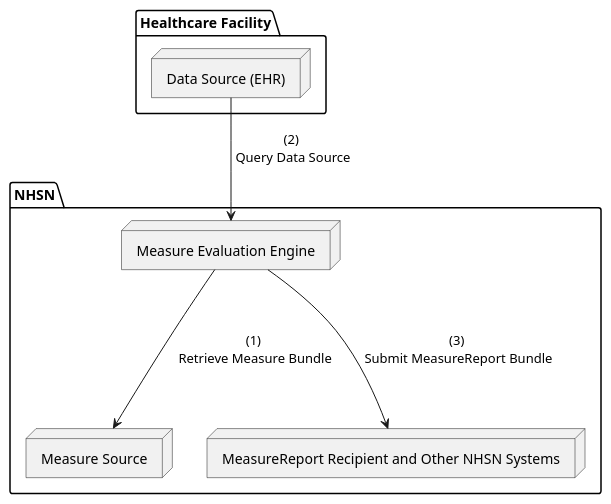
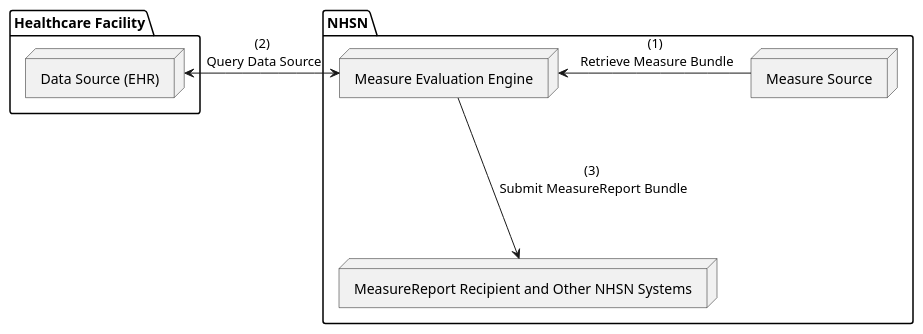
Before and after one commit to HL7/us-safr: the diagram in input/images-source/usfr-1.plantuml, drawn with PlantUML. The commit also changed 3 other files, not shown here.

Commit message:
Corrected arrow directions in diagrams on Specif.

```diff
--- a/input/images-source/usfr-1.plantuml
+++ b/input/images-source/usfr-1.plantuml
@@ -1,18 +1,18 @@
 @startuml
 
 package "Healthcare Facility" {
     node "Data Source (EHR)" as EHR
 }
 
 package "NHSN" {
     node "Measure Evaluation Engine" as MEE
     node "Measure Source" as MS
     node "MeasureReport Recipient and Other NHSN Systems" as Recipient
 }
 
-EHR --> MEE : (2)\n Query Data Source
-MEE ---> MS : (1)\n Retrieve Measure Bundle
+EHR <-> MEE : (2)\n Query Data Source
+MEE <-  MS : (1)\n Retrieve Measure Bundle
 MEE ---> Recipient : (3)\n Submit MeasureReport Bundle
 
 
 @enduml
```
